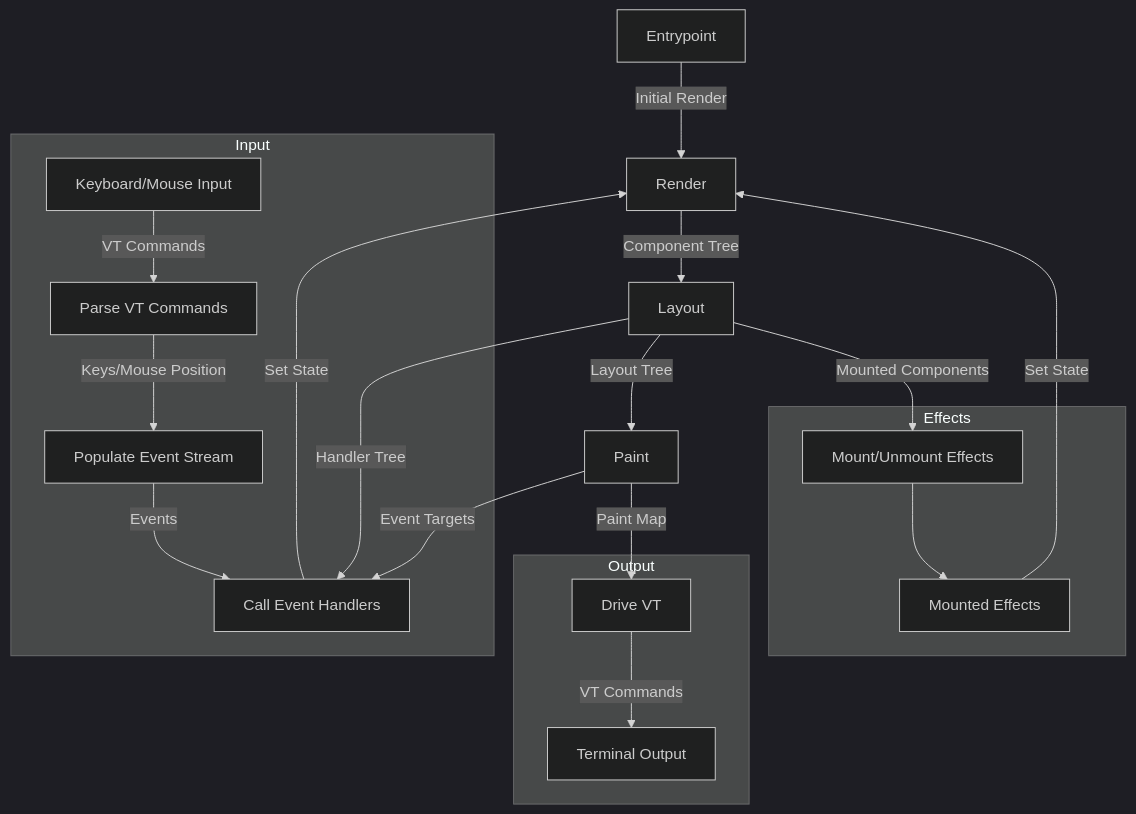
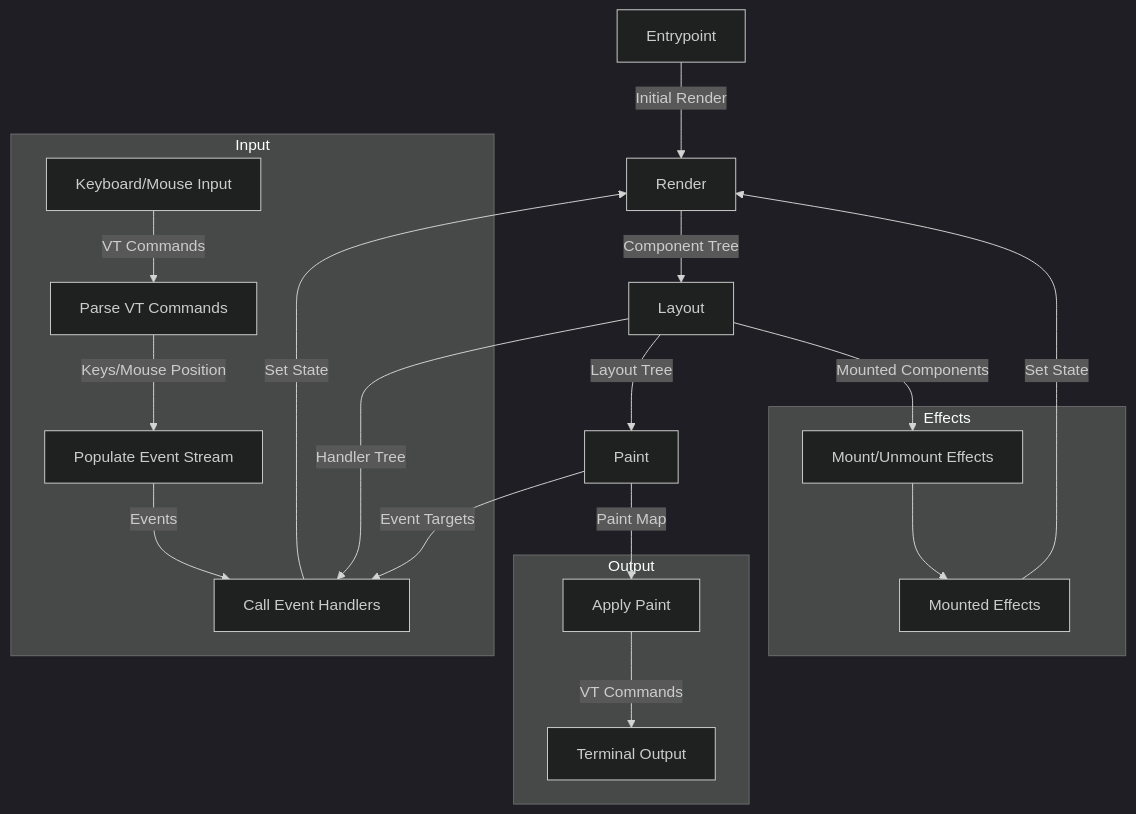
The diagram in docs/app-flow.md (JoshKarpel/counterweight), drawn with Mermaid (dark theme) before and after one commit. The commit also changed 4 other files, not shown here.

Commit message:
apply paint to alt screen

````diff
--- a/docs/app-flow.md
+++ b/docs/app-flow.md
@@ -3,44 +3,44 @@
 ```mermaid
 flowchart TB
 
     en[Entrypoint]
     r[Render]
     l[Layout]
     p[Paint]
 
     subgraph Output
-        d[Drive VT]
+        d[Apply Paint]
         t[Terminal Output]
     end
 
     subgraph Input
         i[Keyboard/Mouse Input]
         vp[Parse VT Commands]
         ev[Populate Event Stream]
         eh[Call Event Handlers]
     end
 
     subgraph Effects
         efm[Mount/Unmount Effects]
         eff[Mounted Effects]
     end
 
     en -- Initial Render --> r
     r -- Component Tree --> l
     l -- Layout Tree --> p
     p -- Paint Map --> d
     d -- VT Commands --> t
 
     i -- VT Commands --> vp
     vp -- Keys/Mouse Position --> ev
     ev -- Events --> eh
     l -- Handler Tree --> eh
     p -- Event Targets --> eh
 
     eh -- Set State --> r
 
     l -- Mounted Components --> efm
     efm --> eff
     eff -- Set State --> r
 
 ```
````
